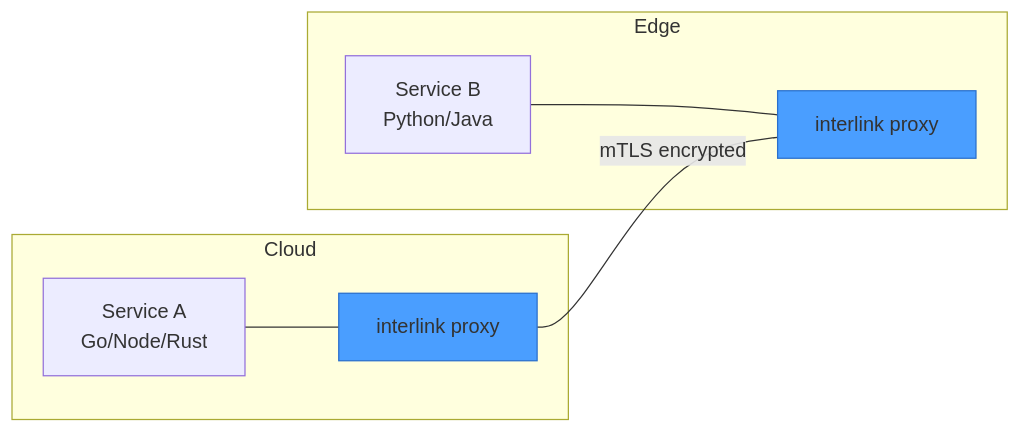
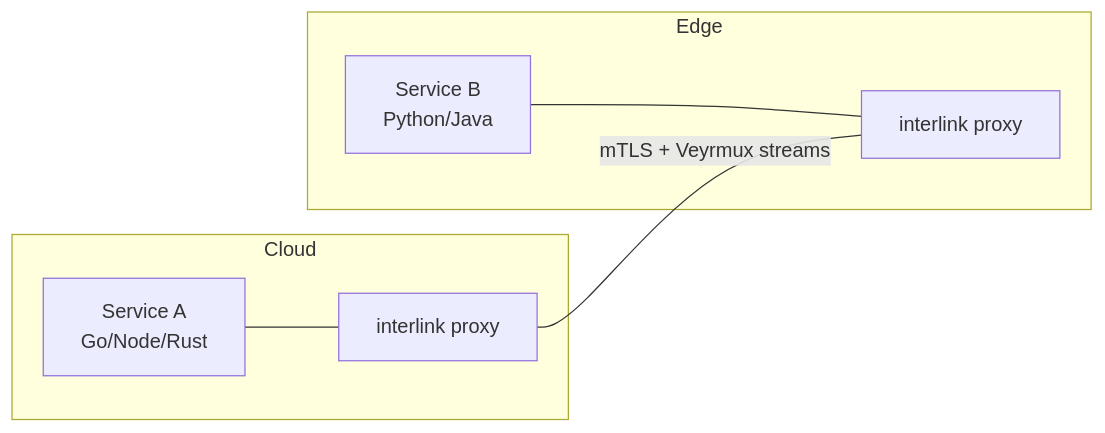
The first of 2 diagrams in README.md (alexandernicholson/interlink), drawn with Mermaid before and after one commit. The commit also changed other lines of this file and 12 other files, not shown here.

````diff
--- a/README.md
+++ b/README.md
@@ -5,12 +5,10 @@
 ```mermaid
 graph LR
     subgraph Cloud
         A[Service A<br/>Go/Node/Rust] --- P1[interlink proxy]
     end
     subgraph Edge
         B[Service B<br/>Python/Java] --- P2[interlink proxy]
     end
-    P1 -- mTLS encrypted --- P2
-    style P1 fill:#4a9eff,stroke:#2a6fcc
-    style P2 fill:#4a9eff,stroke:#2a6fcc
+    P1 -- mTLS + Veyrmux streams --- P2
 ```
````
